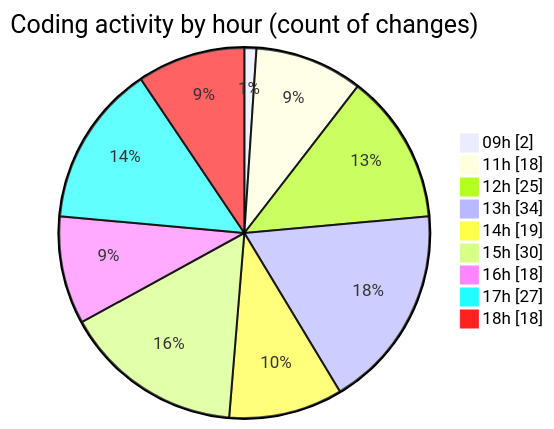
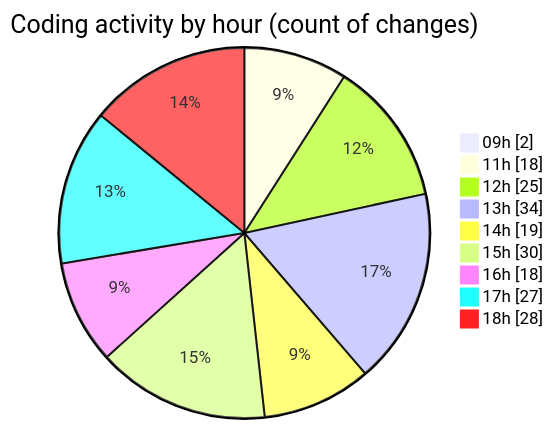
One commit to momahboobian/code-tracking changed the second of 2 diagrams in 2025-06-30/cda/README.md. Above: the diagram before and after it, drawn with Mermaid. The commit also changed other lines of this file and 1 other file, not shown here.

````diff
--- a/2025-06-30/cda/README.md
+++ b/2025-06-30/cda/README.md
@@ -52,13 +52,13 @@
 ```mermaid
 pie showData
 title Coding activity by hour (count of changes)
 "09h" : 2
 "11h" : 18
 "12h" : 25
 "13h" : 34
 "14h" : 19
 "15h" : 30
 "16h" : 18
 "17h" : 27
-"18h" : 18
+"18h" : 28
 ```
````
